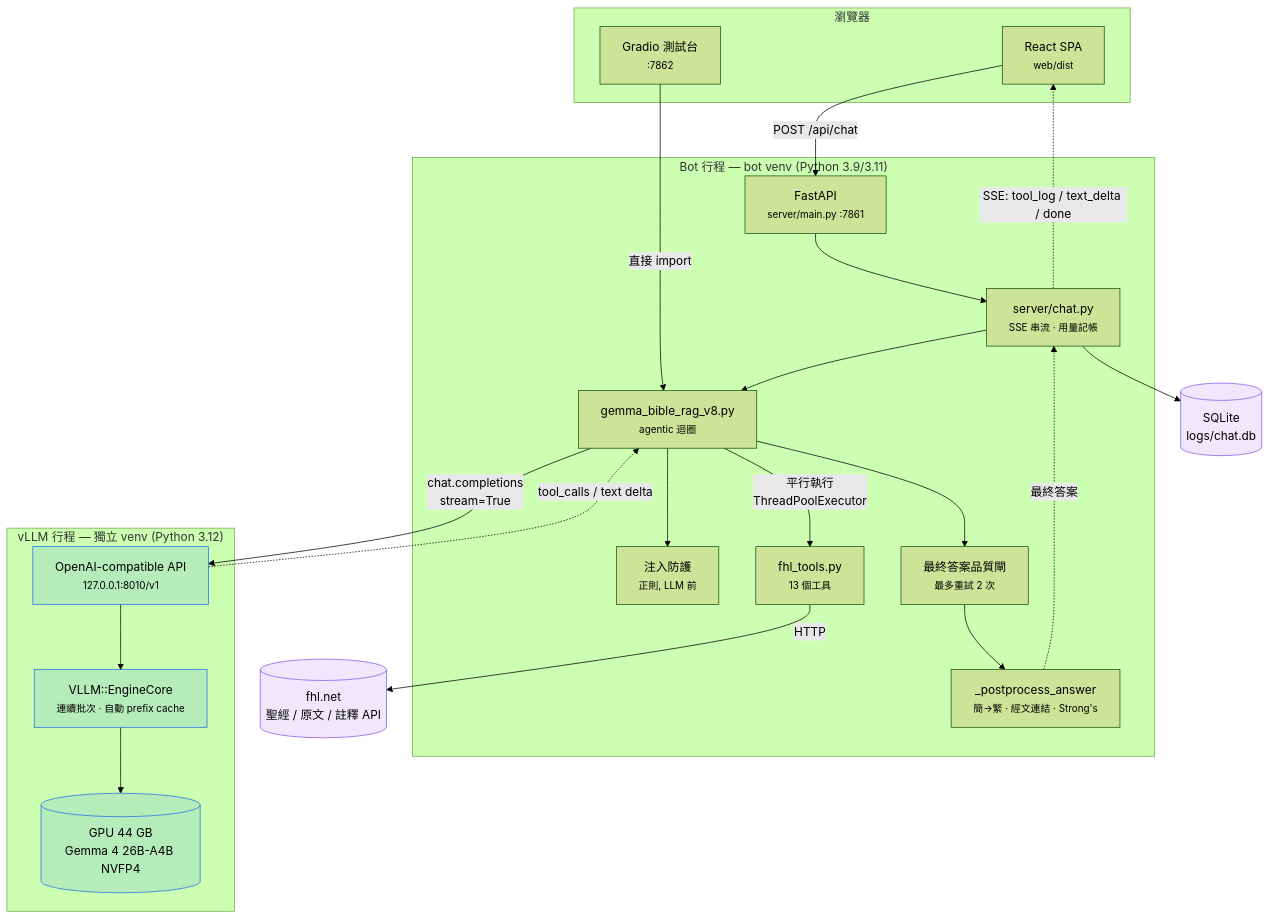
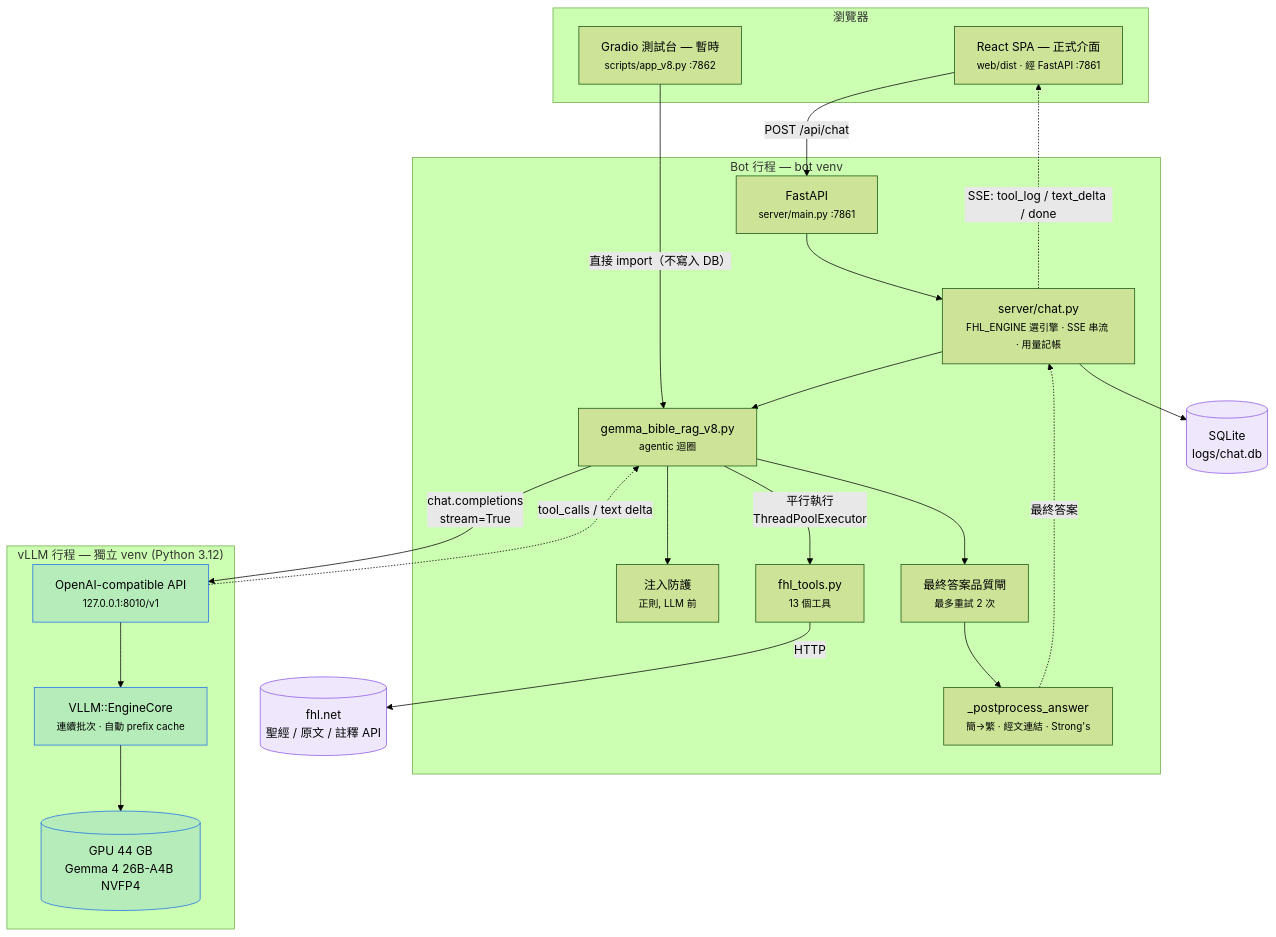
One commit to Peter-Tan/FHL_bible_bot changed the diagram in V8_README.md. Above: the diagram before and after it, drawn with Mermaid (forest theme). The commit also changed other lines of this file and 6 other files, not shown here.

````diff
--- a/V8_README.md
+++ b/V8_README.md
@@ -38,45 +127,45 @@
 ```mermaid
 flowchart TB
     subgraph browser["瀏覽器"]
-        UI["React SPA<br/><small>web/dist</small>"]
-        GR["Gradio 測試台<br/><small>:7862</small>"]
+        UI["React SPA — 正式介面<br/><small>web/dist · 經 FastAPI :7861</small>"]
+        GR["Gradio 測試台 — 暫時<br/><small>scripts/app_v8.py :7862</small>"]
     end
 
-    subgraph botproc["Bot 行程 — bot venv (Python 3.9/3.11)"]
+    subgraph botproc["Bot 行程 — bot venv"]
         API["FastAPI<br/><small>server/main.py :7861</small>"]
-        CHAT["server/chat.py<br/><small>SSE 串流 · 用量記帳</small>"]
+        CHAT["server/chat.py<br/><small>FHL_ENGINE 選引擎 · SSE 串流 · 用量記帳</small>"]
         ENG["gemma_bible_rag_v8.py<br/><small>agentic 迴圈</small>"]
         GUARD["注入防護<br/><small>正則, LLM 前</small>"]
         GATE["最終答案品質閘<br/><small>最多重試 2 次</small>"]
         POST["_postprocess_answer<br/><small>簡→繁 · 經文連結 · Strong's</small>"]
         TOOLS["fhl_tools.py<br/><small>13 個工具</small>"]
     end
 
     subgraph vllmproc["vLLM 行程 — 獨立 venv (Python 3.12)"]
         VLLM["OpenAI-compatible API<br/><small>127.0.0.1:8010/v1</small>"]
         ENGINE["VLLM::EngineCore<br/><small>連續批次 · 自動 prefix cache</small>"]
         GPU[("GPU 44 GB<br/>Gemma 4 26B-A4B NVFP4")]
     end
 
     FHL[("fhl.net<br/>聖經 / 原文 / 註釋 API")]
     DB[("SQLite<br/>logs/chat.db")]
 
     UI -->|"POST /api/chat"| API
-    GR -->|"直接 import"| ENG
+    GR -->|"直接 import（不寫入 DB）"| ENG
     API --> CHAT --> ENG
     ENG --> GUARD
     ENG -->|"chat.completions<br/>stream=True"| VLLM
     VLLM --> ENGINE --> GPU
     VLLM -.->|"tool_calls / text delta"| ENG
     ENG -->|"平行執行<br/>ThreadPoolExecutor"| TOOLS
     TOOLS -->|"HTTP"| FHL
     ENG --> GATE --> POST
     POST -.->|"最終答案"| CHAT
     CHAT -.->|"SSE: tool_log / text_delta / done"| UI
     CHAT --> DB
 
     classDef gpu fill:#1f6feb22,stroke:#1f6feb
     classDef ext fill:#8957e522,stroke:#8957e5
     class GPU,ENGINE,VLLM gpu
     class FHL,DB ext
 ```
````
